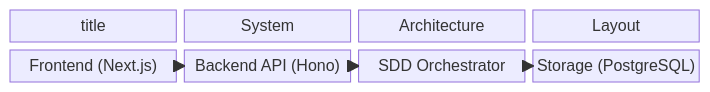
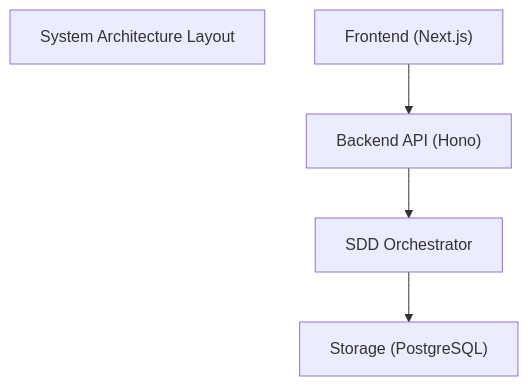
Diagram 15 of 17 in README.md (rausejop/C23_SDD_SSDLC), drawn with Mermaid before and after one commit. The commit also changed other lines of this file and 19 other files, not shown here.

````diff
--- a/README.md
+++ b/README.md
@@ -314,12 +308,11 @@
 ```mermaid
-block-beta
-  title System Architecture Layout
-  columns 4
+flowchart TD
+  title["System Architecture Layout"]
   UI["Frontend (Next.js)"]
   API["Backend API (Hono)"]
   Logic["SDD Orchestrator"]
   DB["Storage (PostgreSQL)"]
   UI --> API
   API --> Logic
   Logic --> DB
 ```
````
